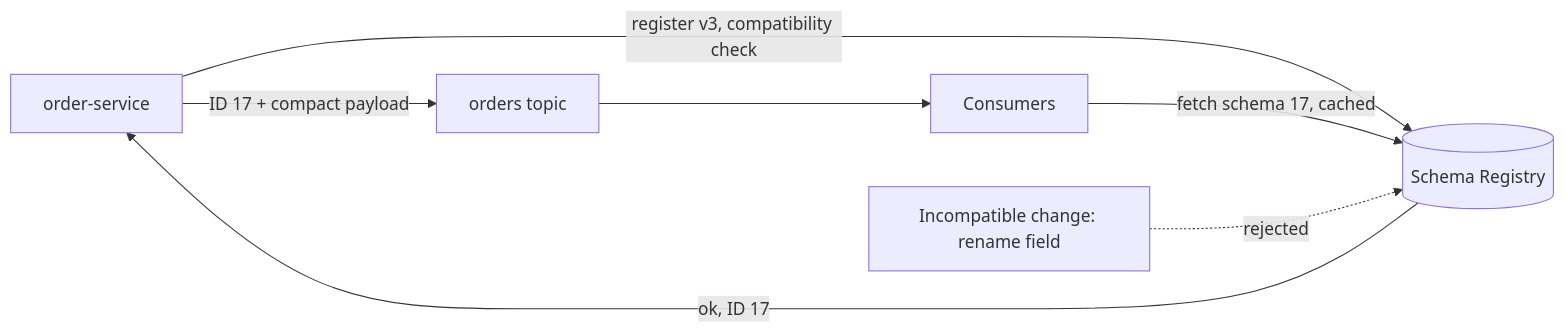
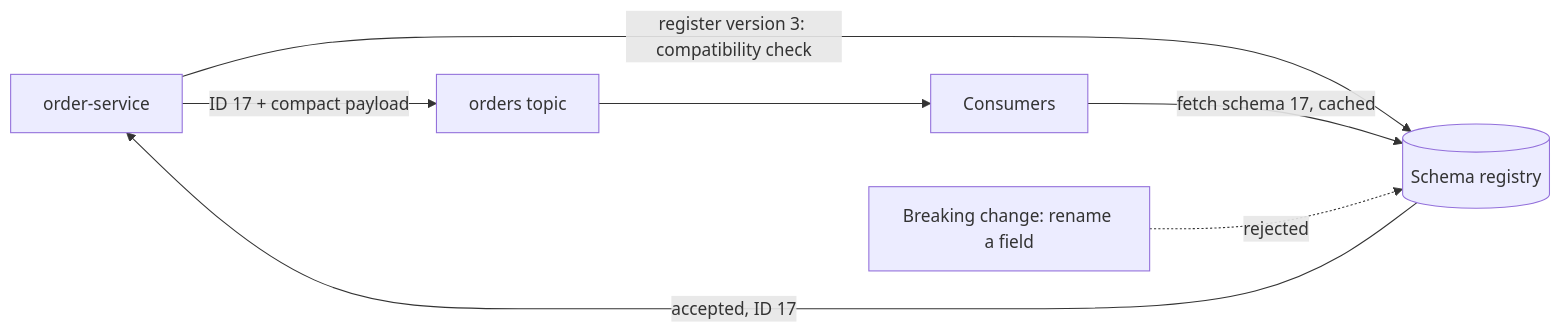
One commit to jubin-techwiz/learning changed the second of 2 diagrams in notes/02-messaging/02-kafka/10-schemas-evolution.md. Above: the diagram before and after it, drawn with Mermaid. The commit also changed other lines of this file and 37 other files, not shown here.

````diff
--- a/notes/02-messaging/02-kafka/10-schemas-evolution.md
+++ b/notes/02-messaging/02-kafka/10-schemas-evolution.md
@@ -40,9 +69,9 @@
 ```mermaid
 flowchart LR
-    P[order-service] -->|register v3, compatibility check| SR[(Schema Registry)]
-    SR -->|ok, ID 17| P
+    P[order-service] -->|register version 3: compatibility check| SR[(Schema registry)]
+    SR -->|accepted, ID 17| P
     P -->|ID 17 + compact payload| T[orders topic]
     T --> C[Consumers]
     C -->|fetch schema 17, cached| SR
-    X[Incompatible change: rename field] -.->|rejected| SR
+    X[Breaking change: rename a field] -.->|rejected| SR
 ```
````
